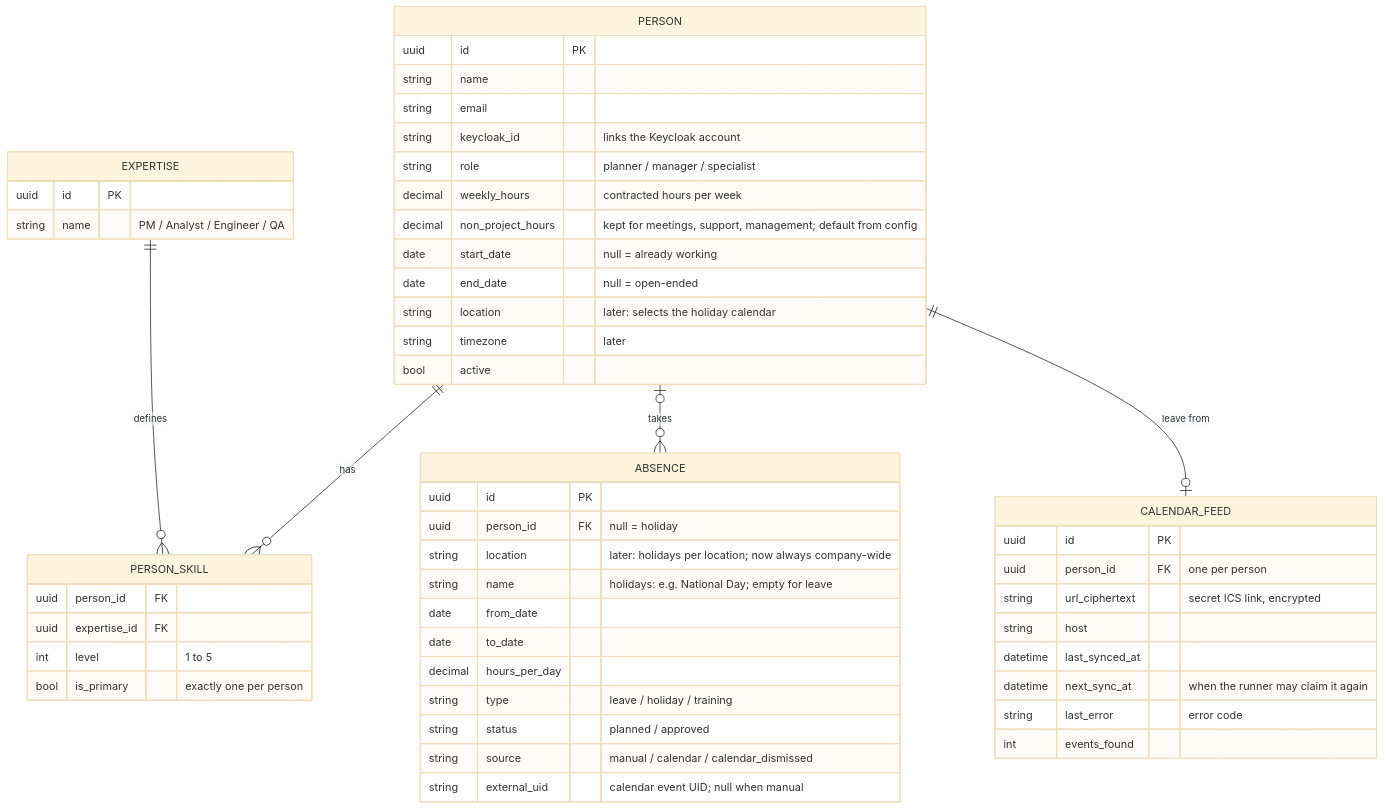
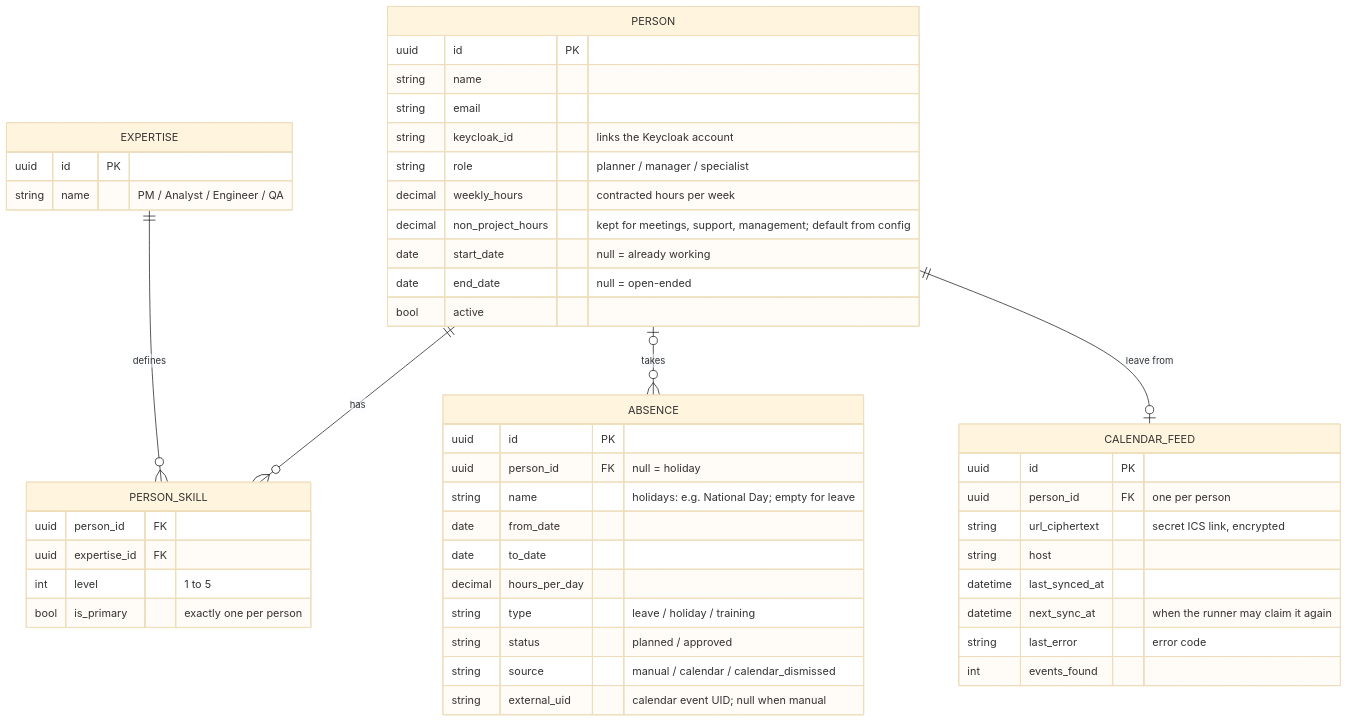
The fifth of 14 diagrams in README.md (dophnamm/the-slot-finder), drawn with Mermaid (base theme) before and after one commit. The commit also changed other lines of this file and 1 other file, not shown here.

Commit message:
docs: correct the architecture README and diagrams

````diff
--- a/README.md
+++ b/README.md
@@ -231,55 +232,52 @@
 ```mermaid
 erDiagram
   PERSON ||--o{ PERSON_SKILL : has
   EXPERTISE ||--o{ PERSON_SKILL : defines
   PERSON |o--o{ ABSENCE : takes
   PERSON ||--o| CALENDAR_FEED : "leave from"
 
   PERSON {
     uuid id PK
     string name
     string email
     string keycloak_id "links the Keycloak account"
     string role "planner / manager / specialist"
     decimal weekly_hours "contracted hours per week"
     decimal non_project_hours "kept for meetings, support, management; default from config"
     date start_date "null = already working"
     date end_date "null = open-ended"
-    string location "later: selects the holiday calendar"
-    string timezone "later"
     bool active
   }
   PERSON_SKILL {
     uuid person_id FK
     uuid expertise_id FK
     int level "1 to 5"
     bool is_primary "exactly one per person"
   }
   EXPERTISE {
     uuid id PK
     string name "PM / Analyst / Engineer / QA"
   }
   ABSENCE {
     uuid id PK
     uuid person_id FK "null = holiday"
-    string location "later: holidays per location; now always company-wide"
     string name "holidays: e.g. National Day; empty for leave"
     date from_date
     date to_date
     decimal hours_per_day
     string type "leave / holiday / training"
     string status "planned / approved"
     string source "manual / calendar / calendar_dismissed"
     string external_uid "calendar event UID; null when manual"
   }
   CALENDAR_FEED {
     uuid id PK
     uuid person_id FK "one per person"
     string url_ciphertext "secret ICS link, encrypted"
     string host
     datetime last_synced_at
     datetime next_sync_at "when the runner may claim it again"
     string last_error "error code"
     int events_found
   }
 ```
````
